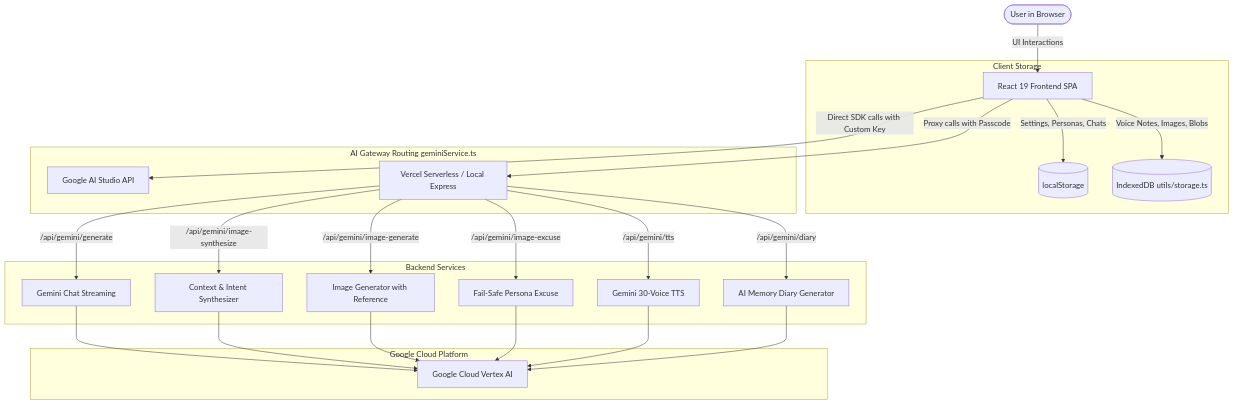
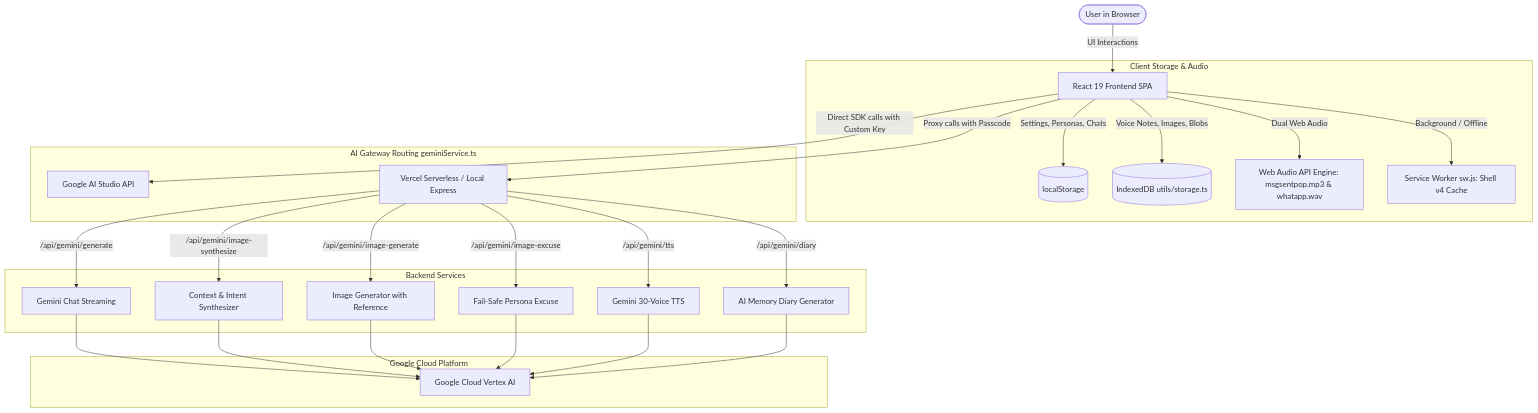
One commit to sobiswriter/Wassap changed the first of 5 diagrams in architecture.md. Above: the diagram before and after it, drawn with Mermaid. The commit also changed other lines of this file and 5 other files, not shown here.

````diff
--- a/architecture.md
+++ b/architecture.md
@@ -11,32 +11,34 @@
 ```mermaid
 graph TD
     User([User in Browser]) -->|UI Interactions| ReactApp[React 19 Frontend SPA]
 
-    subgraph Client Storage
+    subgraph Client Storage & Audio
         ReactApp -->|Settings, Personas, Chats| LocalStorage[(localStorage)]
         ReactApp -->|Voice Notes, Images, Blobs| IndexedDB[(IndexedDB utils/storage.ts)]
+        ReactApp -->|Dual Web Audio| AudioEngine[Web Audio API Engine: msgsentpop.mp3 & whatapp.wav]
+        ReactApp -->|Background / Offline| SW[Service Worker sw.js: Shell v4 Cache]
     end
 
     subgraph AI Gateway Routing geminiService.ts
         ReactApp -->|Direct SDK calls with Custom Key| GeminiStudio[Google AI Studio API]
         ReactApp -->|Proxy calls with Passcode| Serverless[Vercel Serverless / Local Express]
     end
 
     subgraph Backend Services
         Serverless -->|/api/gemini/generate| ChatService[Gemini Chat Streaming]
         Serverless -->|/api/gemini/image-synthesize| SynthesizerService[Context & Intent Synthesizer]
         Serverless -->|/api/gemini/image-generate| ImageService[Image Generator with Reference]
         Serverless -->|/api/gemini/image-excuse| ExcuseService[Fail-Safe Persona Excuse]
         Serverless -->|/api/gemini/tts| TTSService[Gemini 30-Voice TTS]
         Serverless -->|/api/gemini/diary| DiaryService[AI Memory Diary Generator]
     end
 
     subgraph Google Cloud Platform
         ChatService --> VertexAI[Google Cloud Vertex AI]
         SynthesizerService --> VertexAI
         ImageService --> VertexAI
         ExcuseService --> VertexAI
         TTSService --> VertexAI
         DiaryService --> VertexAI
     end
 ```
````
